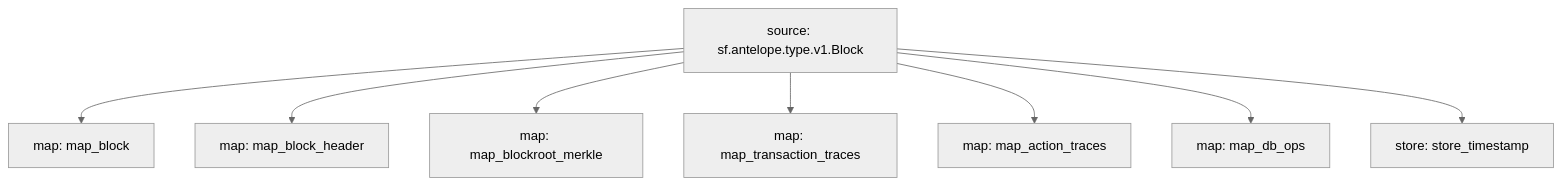
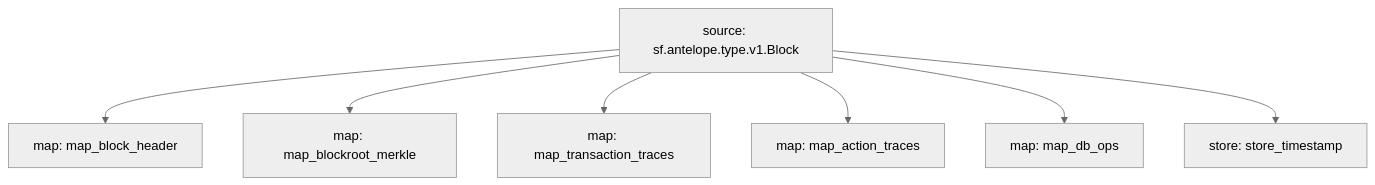
One commit to pinax-network/substreams changed the diagram in common/README.md. Above: the diagram before and after it, drawn with Mermaid (neutral theme). The commit also changed other lines of this file and 2 other files, not shown here.

Commit message:
remove map_block

````diff
--- a/common/README.md
+++ b/common/README.md
@@ -7,17 +7,15 @@
 ```mermaid
 graph TD;
-  map_block[map: map_block]
-  sf.antelope.type.v1.Block[source: sf.antelope.type.v1.Block] --> map_block
   map_block_header[map: map_block_header]
   sf.antelope.type.v1.Block[source: sf.antelope.type.v1.Block] --> map_block_header
   map_blockroot_merkle[map: map_blockroot_merkle]
   sf.antelope.type.v1.Block[source: sf.antelope.type.v1.Block] --> map_blockroot_merkle
   map_transaction_traces[map: map_transaction_traces]
   sf.antelope.type.v1.Block[source: sf.antelope.type.v1.Block] --> map_transaction_traces
   map_action_traces[map: map_action_traces]
   sf.antelope.type.v1.Block[source: sf.antelope.type.v1.Block] --> map_action_traces
   map_db_ops[map: map_db_ops]
   sf.antelope.type.v1.Block[source: sf.antelope.type.v1.Block] --> map_db_ops
   store_timestamp[store: store_timestamp]
   sf.antelope.type.v1.Block[source: sf.antelope.type.v1.Block] --> store_timestamp
 ```
````
